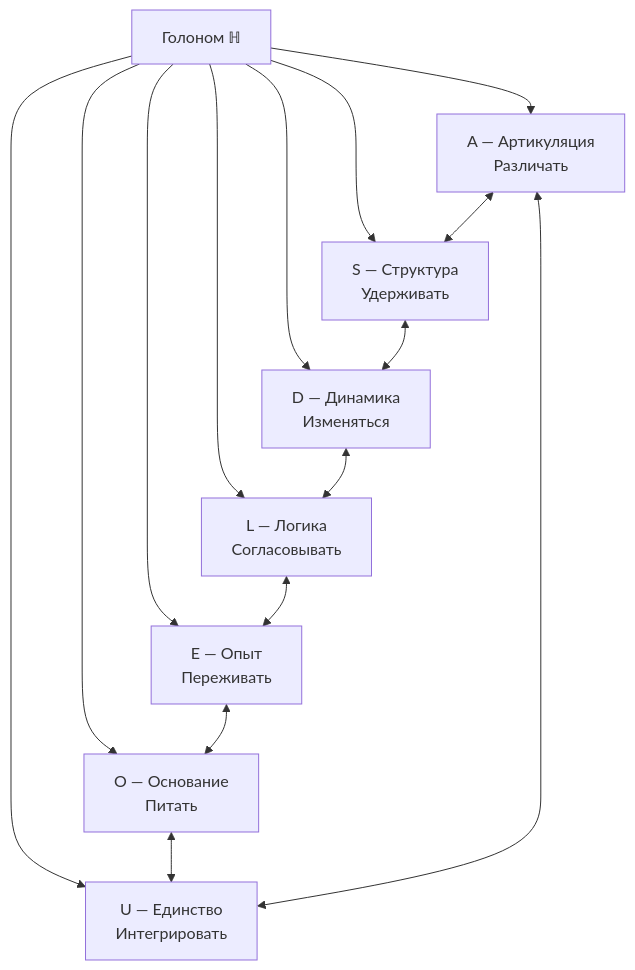
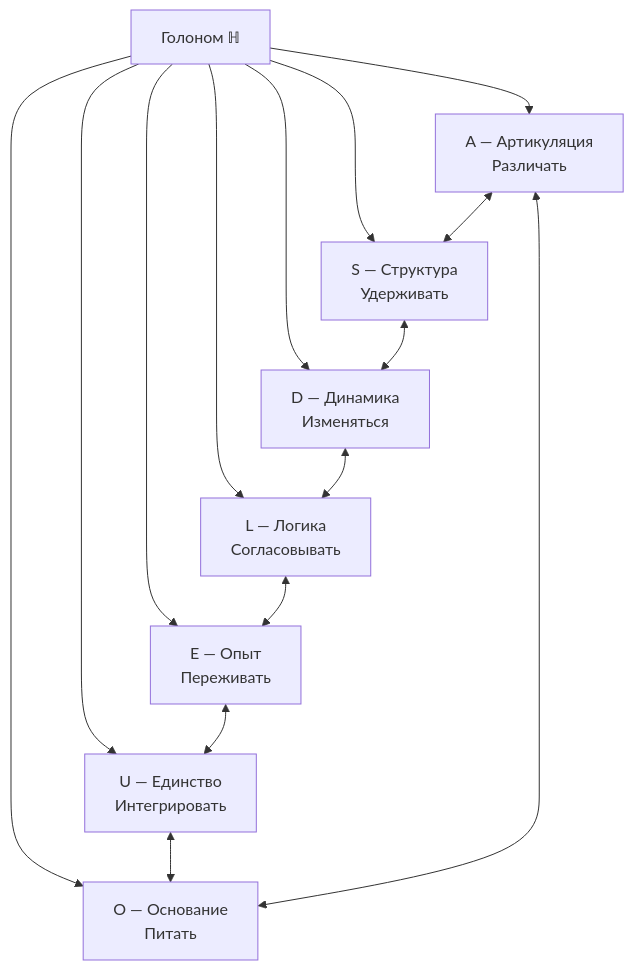
The first of 2 diagrams in website/docs/core/structure/dimensions.md (uhm-theory/holon), drawn with Mermaid before and after one commit. The commit also changed other lines of this file and 175 other files, not shown here.

````diff
--- a/website/docs/core/structure/dimensions.md
+++ b/website/docs/core/structure/dimensions.md
@@ -26,27 +26,27 @@
 ```mermaid
 graph TD
     H["Голоном ℍ"]
     A["A — Артикуляция<br/>Различать"]
     S["S — Структура<br/>Удерживать"]
     D["D — Динамика<br/>Изменяться"]
     L["L — Логика<br/>Согласовывать"]
     E["E — Опыт<br/>Переживать"]
     O["O — Основание<br/>Питать"]
     U["U — Единство<br/>Интегрировать"]
 
     H --> A
     H --> S
     H --> D
     H --> L
     H --> E
     H --> O
     H --> U
 
     A <--> S
     S <--> D
     D <--> L
     L <--> E
-    E <--> O
-    O <--> U
-    U <--> A
+    E <--> U
+    U <--> O
+    O <--> A
 ```
````
